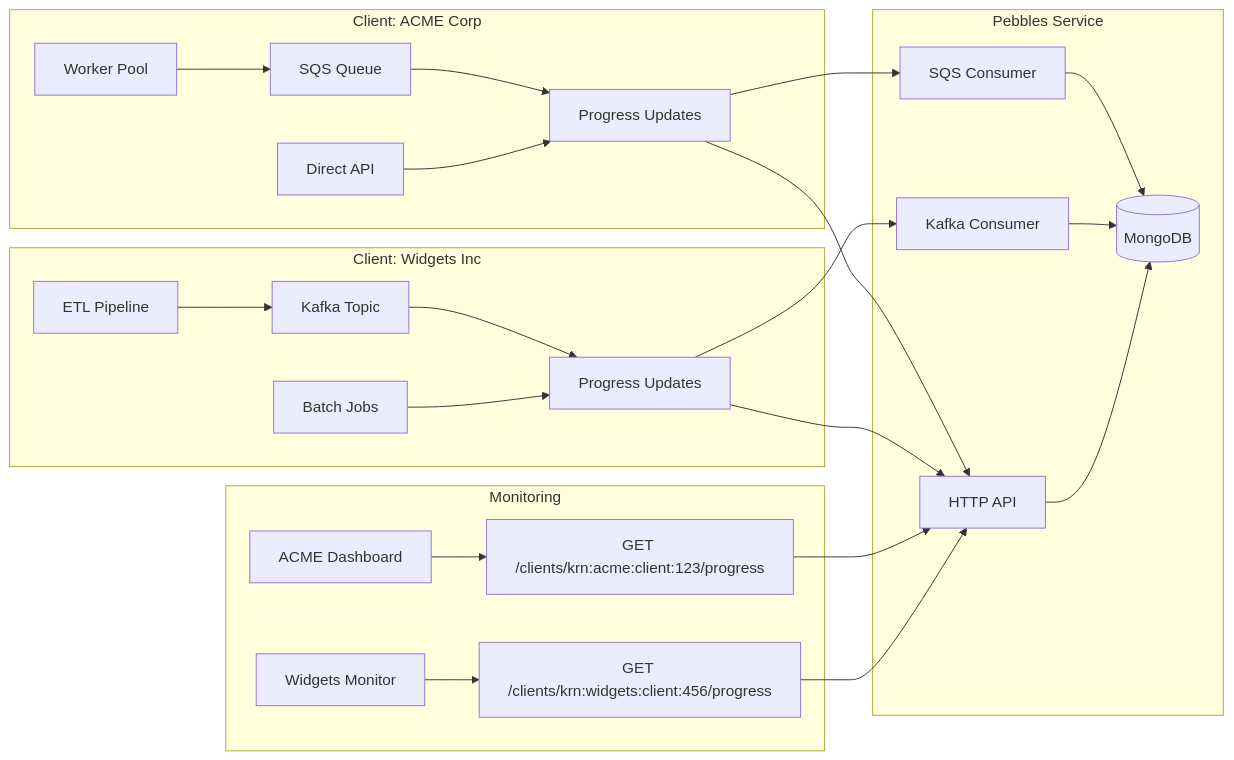
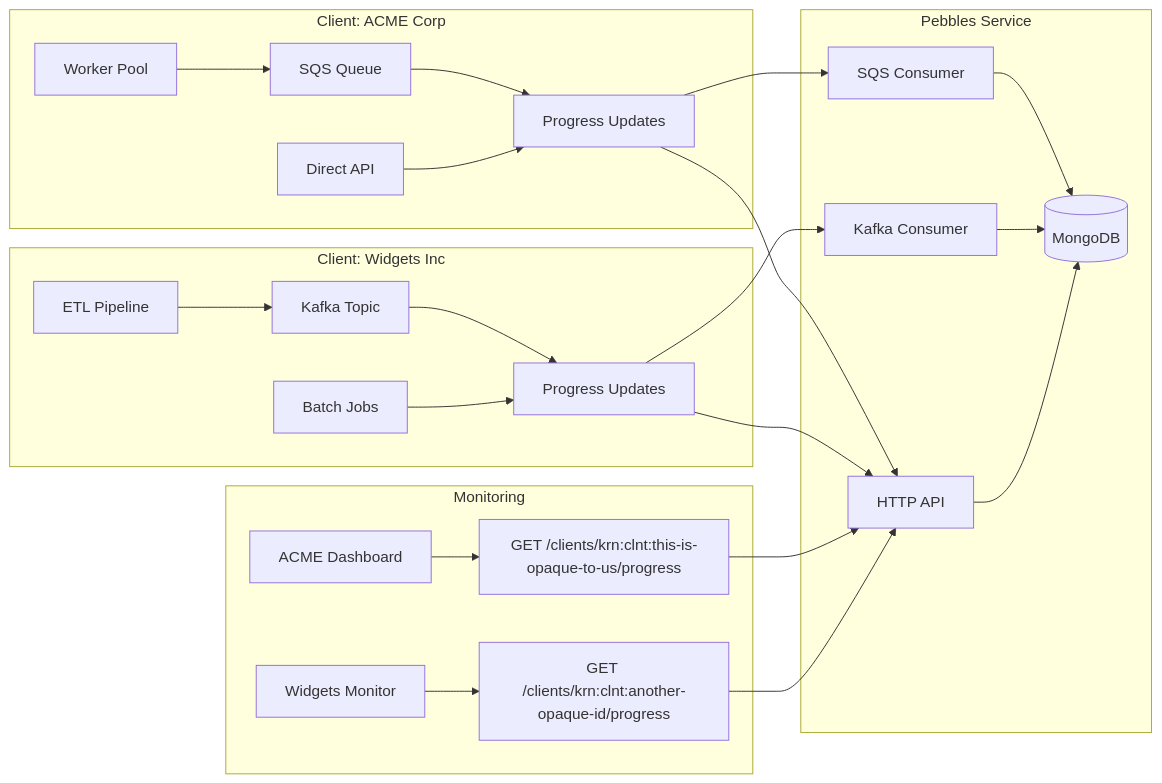
Before and after one commit to pirkus/pebbles: the fourth of 10 diagrams in use-cases.md, drawn with Mermaid. The commit also changed other lines of this file and 4 other files, not shown here.

Commit message:
Refactor client KRN to be opaque and generic across documentation

````diff
--- a/use-cases.md
+++ b/use-cases.md
@@ -342,38 +342,38 @@
 ```mermaid
 graph LR
     subgraph "Client: ACME Corp"
         A1[Worker Pool] --> B1[SQS Queue]
         B1 --> C1[Progress Updates]
         D1[Direct API] --> C1
     end
     
     subgraph "Client: Widgets Inc"
         A2[ETL Pipeline] --> B2[Kafka Topic]
         B2 --> C2[Progress Updates]
         D2[Batch Jobs] --> C2
     end
     
     subgraph "Pebbles Service"
         E[SQS Consumer]
         F[Kafka Consumer]
         G[HTTP API]
         H[(MongoDB)]
     end
     
     C1 --> E
     C1 --> G
     C2 --> F
     C2 --> G
     
     E --> H
     F --> H
     G --> H
     
     subgraph "Monitoring"
-        I[ACME Dashboard] --> J[GET /clients/krn:acme:client:123/progress]
-        K[Widgets Monitor] --> L[GET /clients/krn:widgets:client:456/progress]
+        I[ACME Dashboard] --> J[GET /clients/krn:clnt:this-is-opaque-to-us/progress]
+        K[Widgets Monitor] --> L[GET /clients/krn:clnt:another-opaque-id/progress]
     end
     
     J --> G
     L --> G
 ```
````
